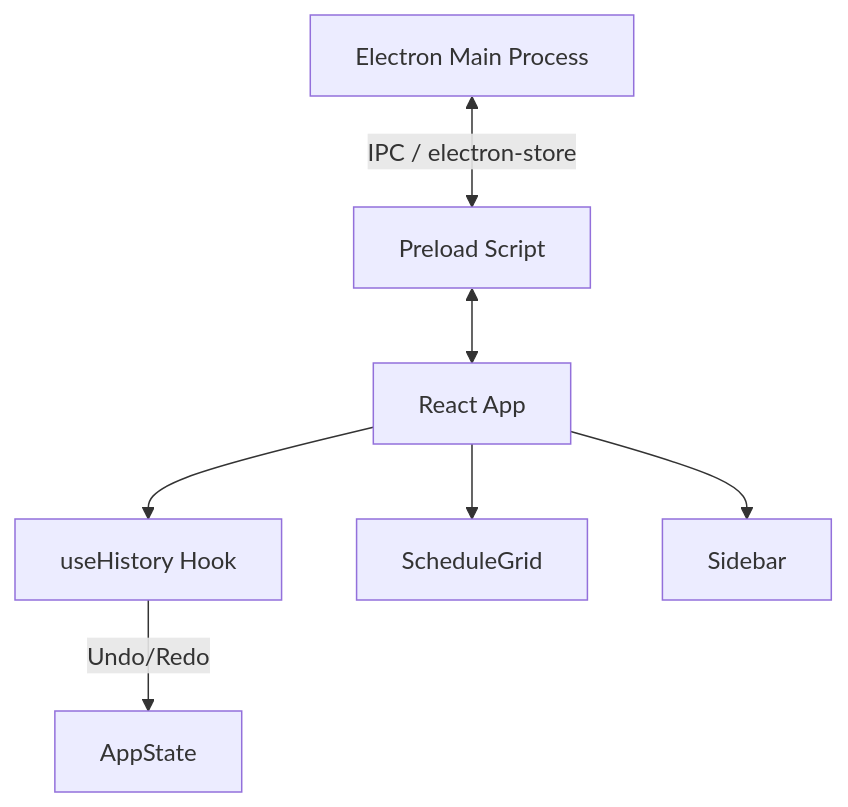
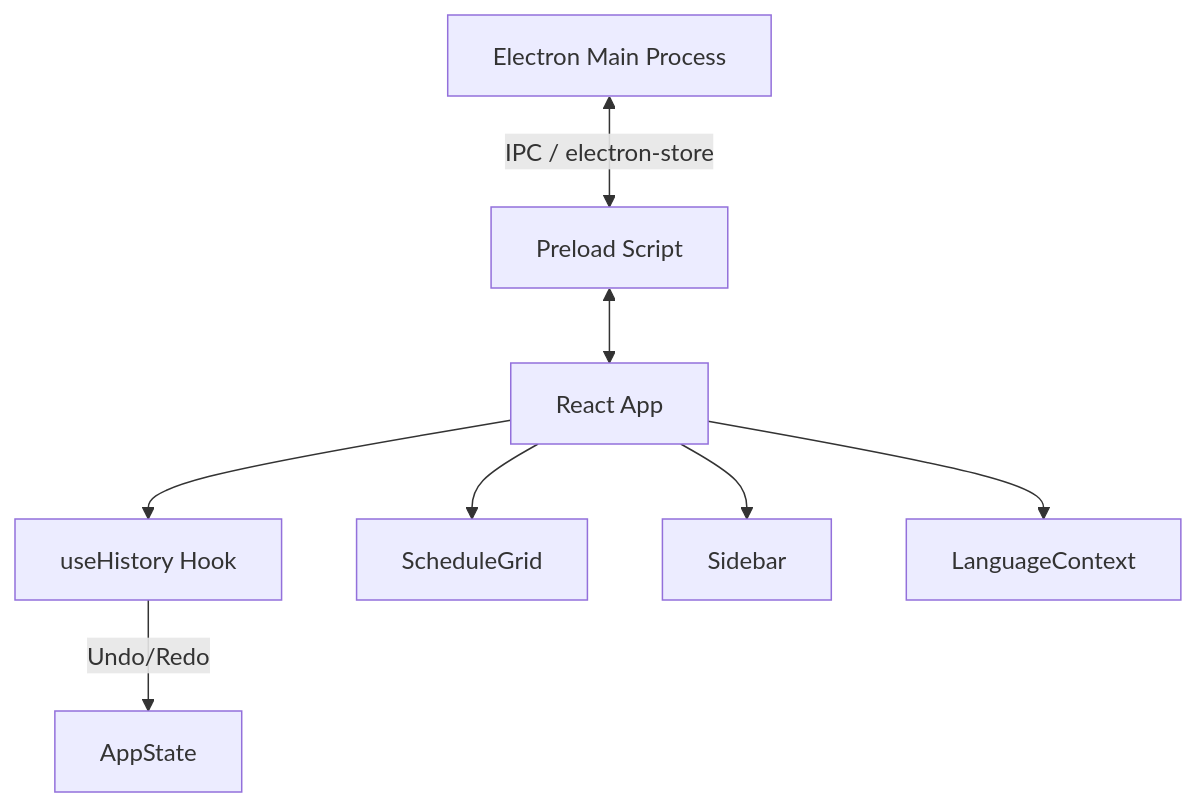
The diagram in README.md (ZensykU2/WeeklyscheduleCreator), drawn with Mermaid before and after one commit. The commit also changed other lines of this file and 6 other files, not shown here.

````diff
--- a/README.md
+++ b/README.md
@@ -28,9 +30,10 @@
 ```mermaid
 graph TD
     A[Electron Main Process] <-->|IPC / electron-store| B[Preload Script]
     B <--> C[React App]
     C --> D[useHistory Hook]
     D -->|Undo/Redo| E[AppState]
     C --> F[ScheduleGrid]
     C --> G[Sidebar]
+    C --> H[LanguageContext]
 ```
````
